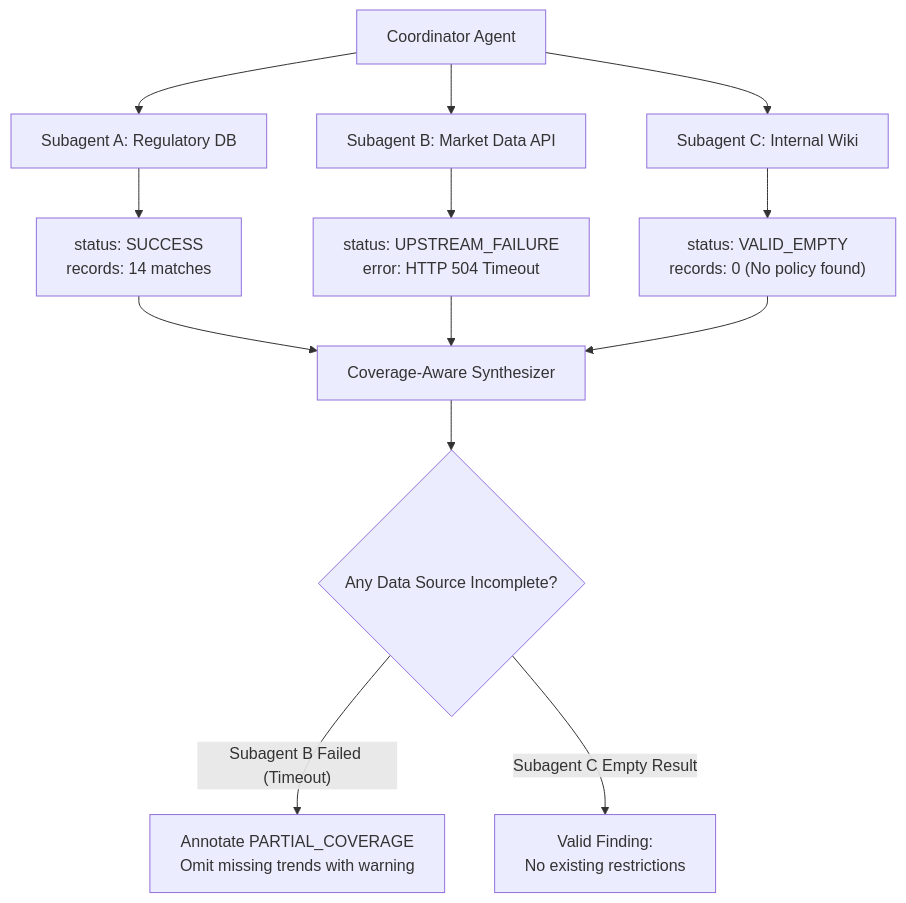
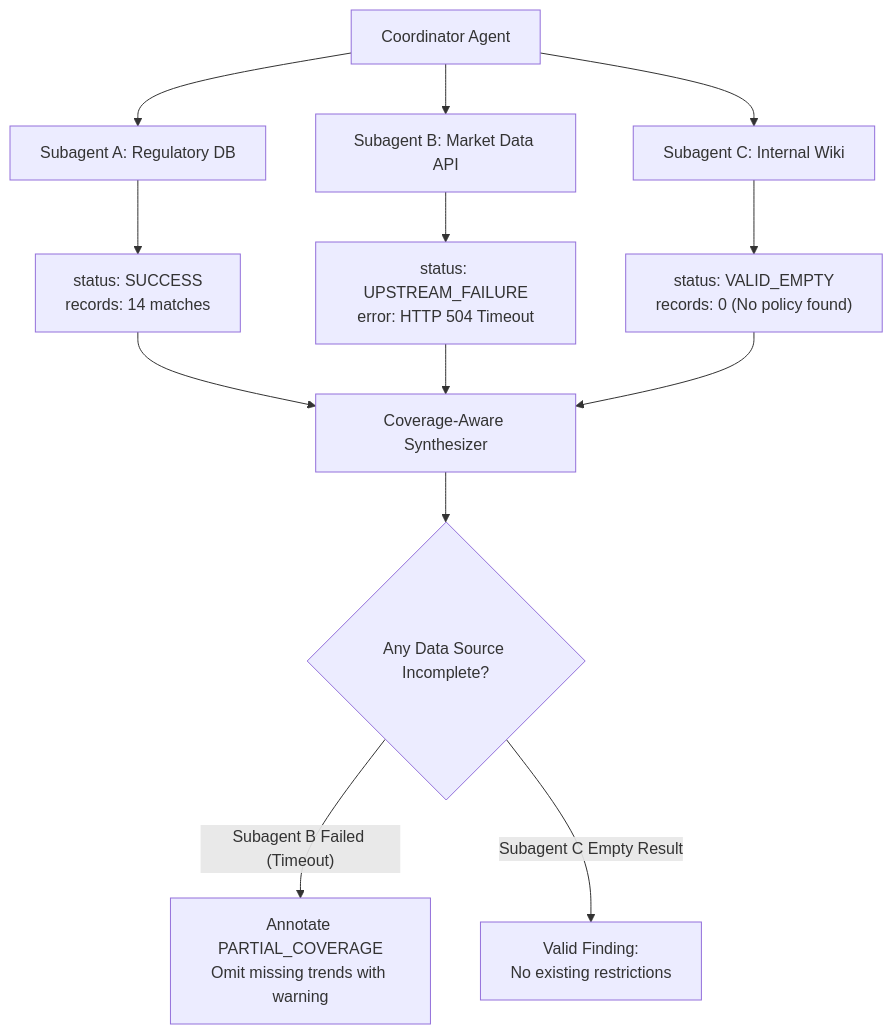
The diagram in domain5/ts_5_3_error_propagation_coverage/README.md (dip4k/claude_cert_architect_foundation_prep), drawn with Mermaid before and after one commit. The commit also changed other lines of this file and 50 other files, not shown here.

Commit message:
docs(domain): complete 30 task statement study guides and enforce October 2026 Mermaid standards

````diff
--- a/domain5/ts_5_3_error_propagation_coverage/README.md
+++ b/domain5/ts_5_3_error_propagation_coverage/README.md
@@ -10,21 +10,19 @@
 ```mermaid
-%%{init: {"flowchart": {"htmlLabels": true, "wrappingWidth": 250}}}%%
 flowchart TD
     Coordinator["Coordinator Agent"] --> SubA["Subagent A: Regulatory DB"]
     Coordinator --> SubB["Subagent B: Market Data API"]
     Coordinator --> SubC["Subagent C: Internal Wiki"]
     
-    SubA --> ResA["status: SUCCESS<br/>records: 14 matches"]
-    SubB --> ResB["status: UPSTREAM_FAILURE<br/>error: HTTP 504 Timeout"]
-    SubC --> ResC["status: VALID_EMPTY<br/>records: 0 (No policy found)"]
+    SubA --> ResA["status: SUCCESS<br>records: 14 matches"]
+    SubB --> ResB["status: UPSTREAM_FAILURE<br>error: HTTP 504 Timeout"]
+    SubC --> ResC["status: VALID_EMPTY<br>records: 0 (No policy found)"]
     
     ResA --> Synthesizer["Coverage-Aware Synthesizer"]
     ResB --> Synthesizer
     ResC --> Synthesizer
     
     Synthesizer --> Decision{"Any Data Source Incomplete?"}
     
-    Decision -- "Subagent B Failed (Timeout)" --> Partial["Annotate PARTIAL_COVERAGE<br/>Omit missing trends with warning"]
-    
-    Decision -- "Subagent C Empty Result" --> Legitimate["Valid Finding:<br/>No existing restrictions"]
+    Decision -->|"Subagent B Failed (Timeout)"| Partial["Annotate PARTIAL_COVERAGE<br>Omit missing trends with warning"]
+    Decision -->|"Subagent C Empty Result"| Legitimate["Valid Finding:<br>No existing restrictions"]
 ```
````
